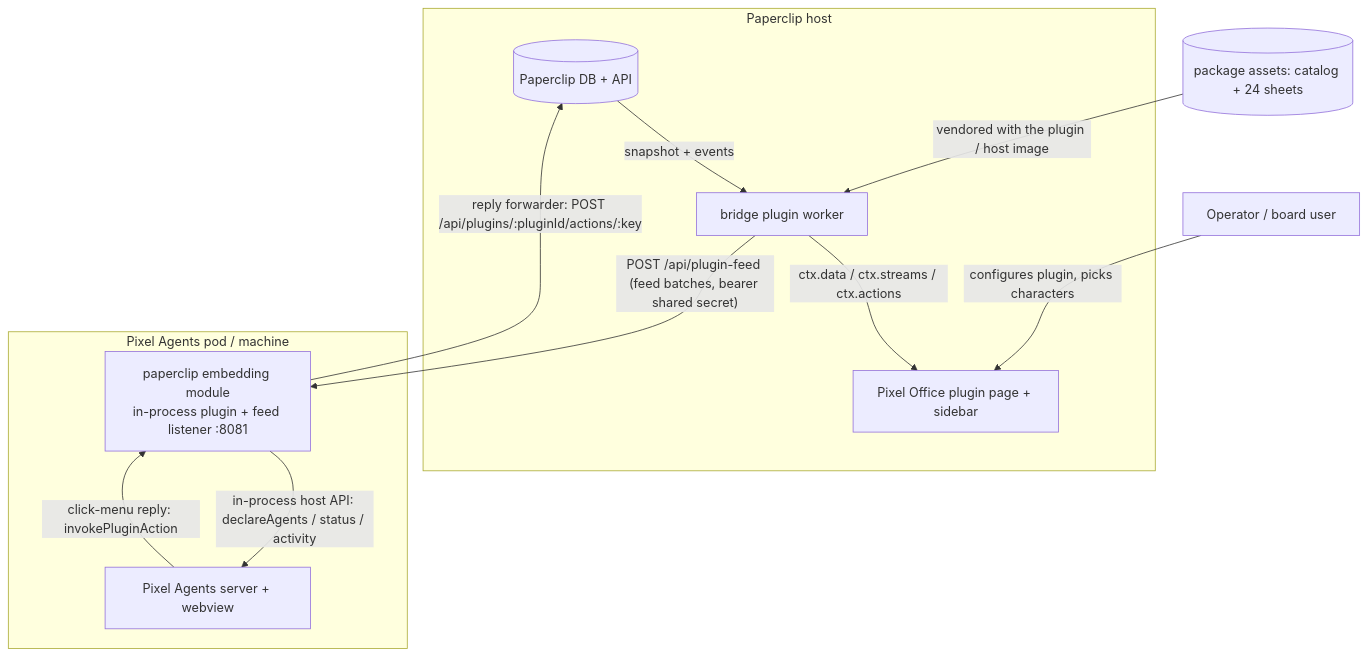
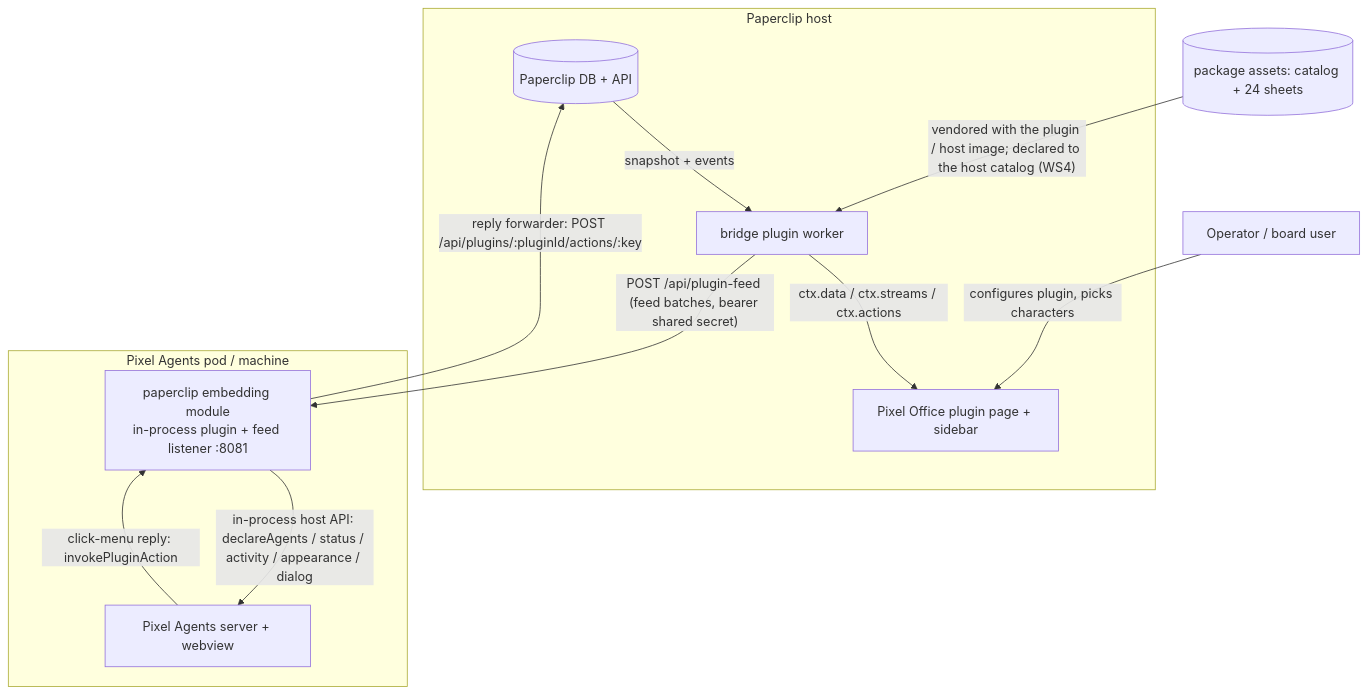
One commit to decaf-ts/paperclip-pixels changed the first of 4 diagrams in workdocs/ai/architecture-handbook.md. Above: the diagram before and after it, drawn with Mermaid. The commit also changed other lines of this file and 23 other files, not shown here.

Commit message:
PAPERCLIP_PIXELS-2: adopt the appearance API and add a guardrailed dialog-pane conversation feed

````diff
--- a/workdocs/ai/architecture-handbook.md
+++ b/workdocs/ai/architecture-handbook.md
@@ -108,23 +116,23 @@
 ```mermaid
 graph TD
     subgraph Paperclip host
         PC[(Paperclip DB + API)]
         WK[bridge plugin worker]
         UI[Pixel Office plugin page + sidebar]
     end
     subgraph Pixel Agents pod / machine
         PA[Pixel Agents server + webview]
         EMB[paperclip embedding module<br/>in-process plugin + feed listener :8081]
     end
     OP[Operator / board user]
     ASSETS[(package assets: catalog + 24 sheets)]
 
     OP -->|configures plugin, picks characters| UI
     PC -->|snapshot + events| WK
     WK -->|ctx.data / ctx.streams / ctx.actions| UI
     WK -->|"POST /api/plugin-feed (feed batches, bearer shared secret)"| EMB
-    EMB -->|"in-process host API: declareAgents / status / activity"| PA
+    EMB -->|"in-process host API: declareAgents / status / activity / appearance / dialog"| PA
     PA -->|"click-menu reply: invokePluginAction"| EMB
     EMB -->|"reply forwarder: POST /api/plugins/:pluginId/actions/:key"| PC
-    ASSETS -->|"vendored with the plugin / host image"| WK
+    ASSETS -->|"vendored with the plugin / host image; declared to the host catalog (WS4)"| WK
 ```
````
